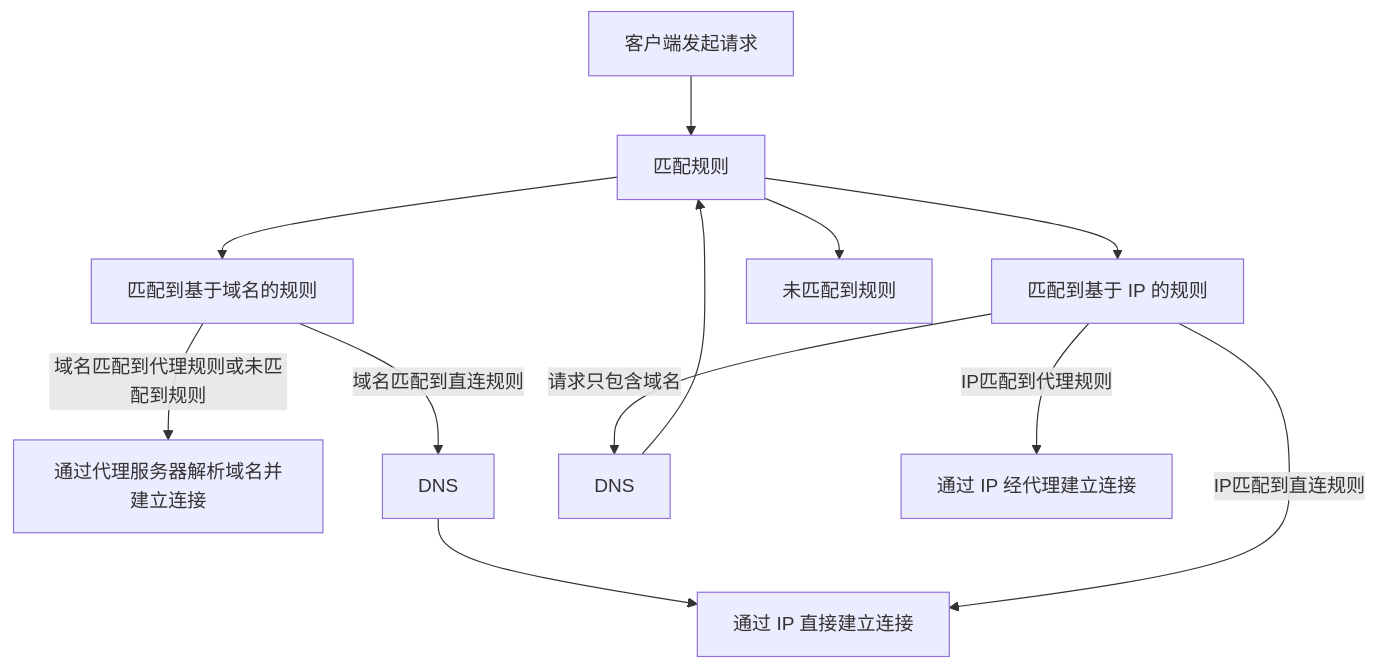
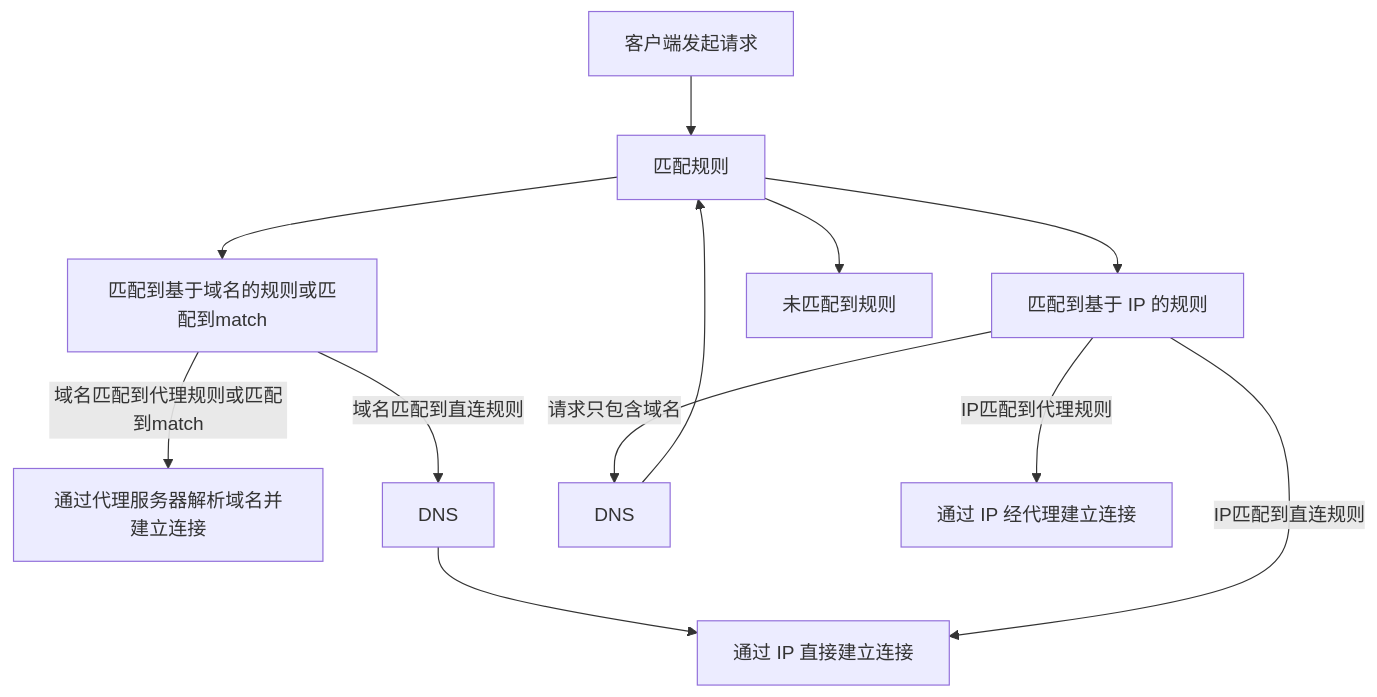
The first of 2 diagrams in mihomoDNS解析流程.md (Jishi0/sub-rule), drawn with Mermaid before and after one commit.

````diff
--- a/mihomoDNS解析流程.md
+++ b/mihomoDNS解析流程.md
@@ -2,17 +2,17 @@
 ```mermaid
 flowchart TD
   Start[客户端发起请求] --> rule[匹配规则]
-  rule --> Domain[匹配到基于域名的规则]
+  rule --> Domain[匹配到基于域名的规则或匹配到match]
   rule --> IP[匹配到基于 IP 的规则]
   rule --> null[未匹配到规则]
 
-  Domain --> |域名匹配到代理规则或未匹配到规则|Remote[通过代理服务器解析域名并建立连接]
+  Domain --> |域名匹配到代理规则或匹配到match|Remote[通过代理服务器解析域名并建立连接]
   Domain --> |域名匹配到直连规则|DNS1[DNS]
   DNS1 --> Direct[通过 IP 直接建立连接]
 
   IP --> |请求只包含域名|DNS2[DNS]
   DNS2 --> rule
   IP --> |IP匹配到直连规则|Direct
   IP --> |IP匹配到代理规则|Proxy[通过 IP 经代理建立连接]
 
 ```
````
